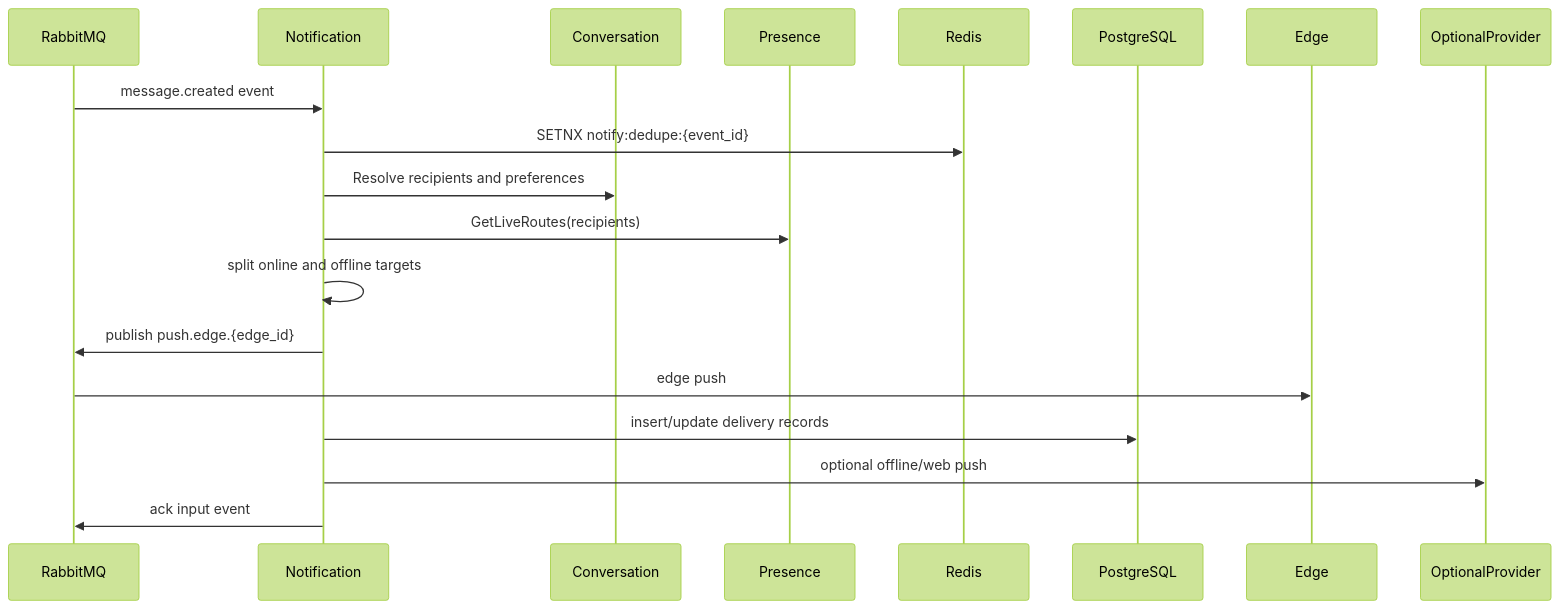
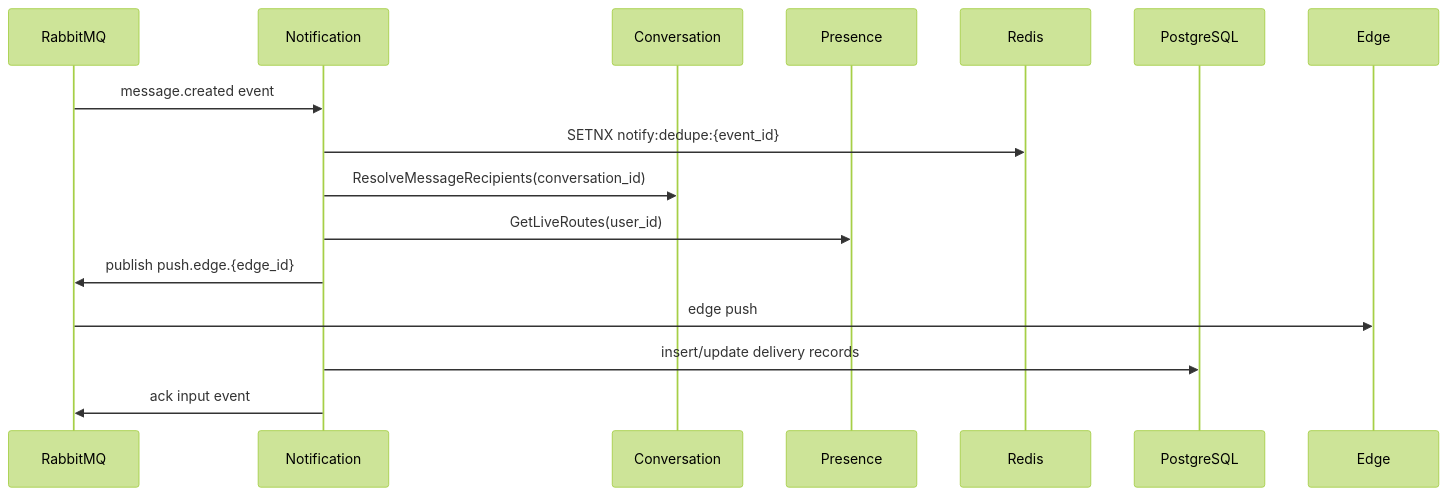
One commit to HappyLadySauce/Beehive-IM changed the second of 2 diagrams in docs/notification/DESIGN.md. Above: the diagram before and after it, drawn with Mermaid (forest theme). The commit also changed other lines of this file and 5 other files, not shown here.

````diff
--- a/docs/notification/DESIGN.md
+++ b/docs/notification/DESIGN.md
@@ -136,22 +134,19 @@
 ```mermaid
 sequenceDiagram
     participant RMQ as RabbitMQ
     participant N as Notification
     participant CV as Conversation
     participant P as Presence
     participant R as Redis
     participant DB as PostgreSQL
     participant E as Edge
-    participant OP as OptionalProvider
 
     RMQ->>N: message.created event
     N->>R: SETNX notify:dedupe:{event_id}
-    N->>CV: Resolve recipients and preferences
-    N->>P: GetLiveRoutes(recipients)
-    N->>N: split online and offline targets
+    N->>CV: ResolveMessageRecipients(conversation_id)
+    N->>P: GetLiveRoutes(user_id)
     N->>RMQ: publish push.edge.{edge_id}
     RMQ->>E: edge push
     N->>DB: insert/update delivery records
-    N->>OP: optional offline/web push
     N->>RMQ: ack input event
 ```
````
